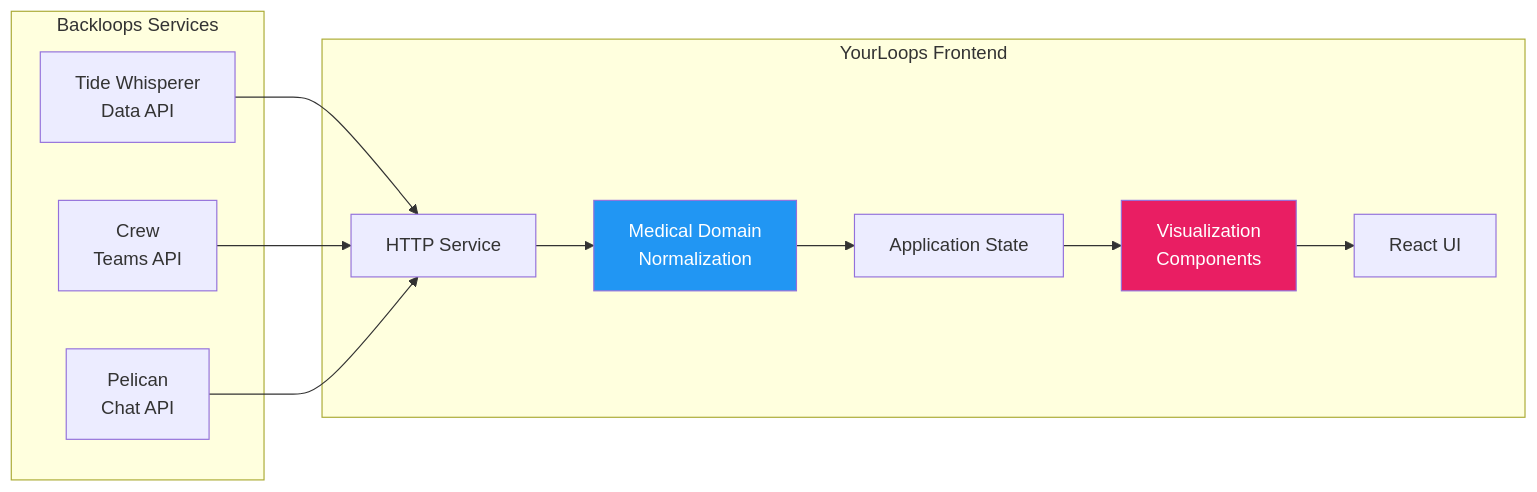
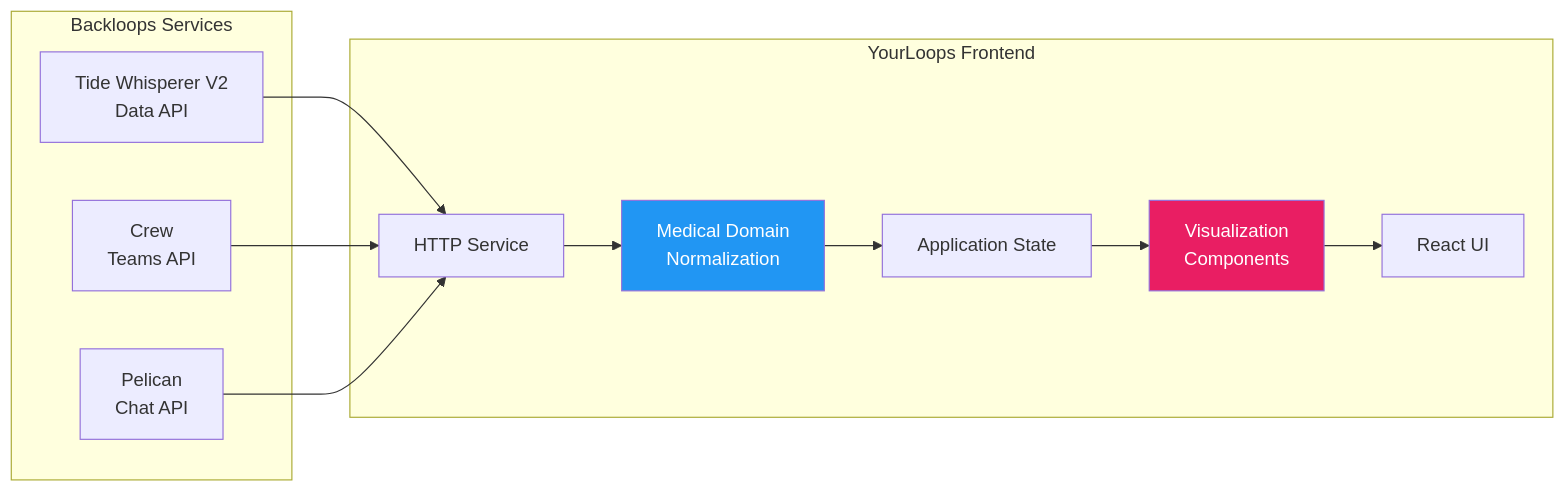
The first of 10 diagrams in docs/DataFlow.md (mdblp/blip), drawn with Mermaid before and after one commit. The commit also changed other lines of this file, not shown here.

````diff
--- a/docs/DataFlow.md
+++ b/docs/DataFlow.md
@@ -7,27 +8,27 @@
 ```mermaid
 flowchart LR
     subgraph Backend["Backloops Services"]
-        TW[Tide Whisperer<br/>Data API]
+        TW[Tide Whisperer V2<br/>Data API]
         CREW[Crew<br/>Teams API]
         PELICAN[Pelican<br/>Chat API]
     end
 
     subgraph Frontend["YourLoops Frontend"]
         HTTP[HTTP Service]
         MD[Medical Domain<br/>Normalization]
         STATE[Application State]
         VIZ[Visualization<br/>Components]
         UI[React UI]
     end
 
     TW --> HTTP
     CREW --> HTTP
     PELICAN --> HTTP
     HTTP --> MD
     MD --> STATE
     STATE --> VIZ
     VIZ --> UI
 
     style MD fill:#2196F3,color:#fff
     style VIZ fill:#E91E63,color:#fff
 ```
````
